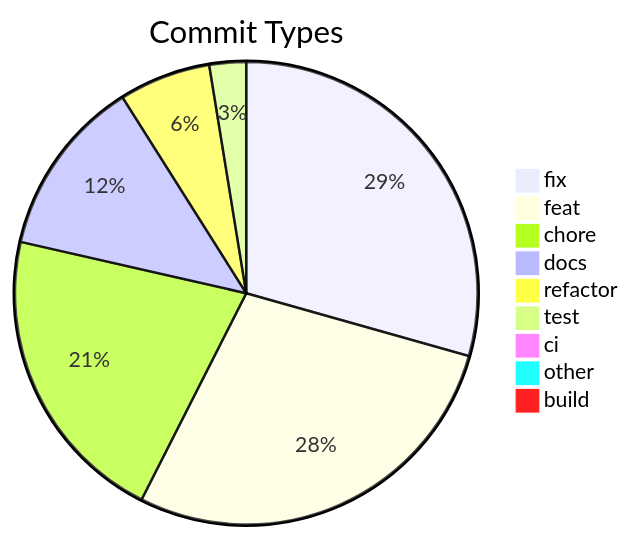
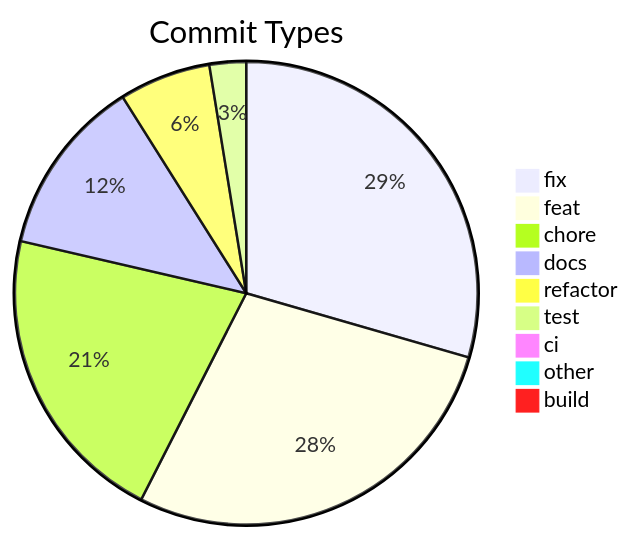
Before and after one commit to svenroth-ai/shipwright: the diagram in .shipwright/compliance/change-history.md, drawn with Mermaid. The commit also changed other lines of this file and 27 other files, not shown here.

````diff
--- a/.shipwright/compliance/change-history.md
+++ b/.shipwright/compliance/change-history.md
@@ -8,12 +8,12 @@
 ```mermaid
 pie title Commit Types
-    "fix" : 344
+    "fix" : 346
     "feat" : 329
-    "chore" : 247
+    "chore" : 248
     "docs" : 146
     "refactor" : 75
     "test" : 30
     "ci" : 11
     "other" : 9
     "build" : 1
 ```
````
